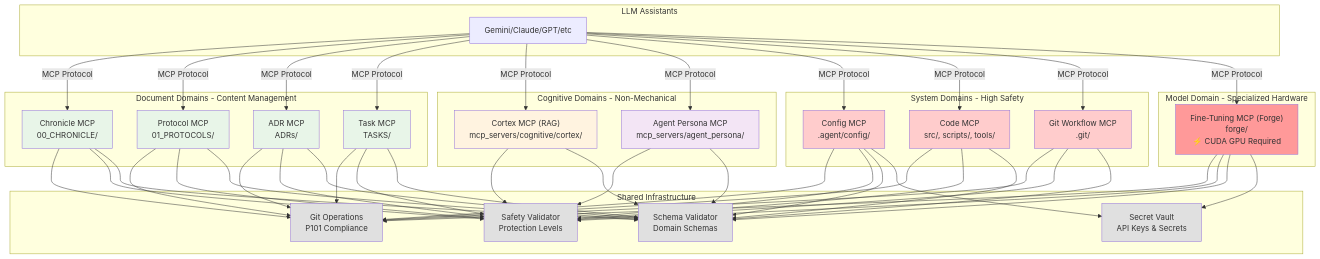
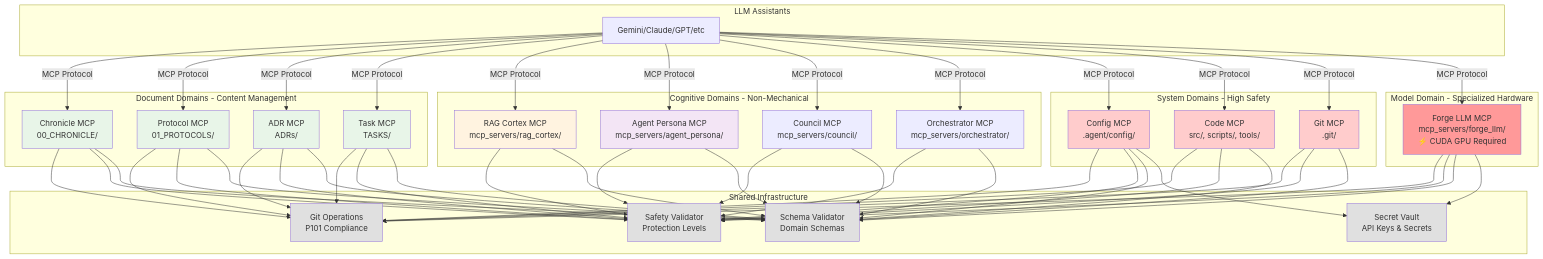
One commit to richfrem/Project_Sanctuary changed the first of 9 diagrams in docs/mcp/architecture.md. Above: the diagram before and after it, drawn with Mermaid. The commit also changed other lines of this file and 176 other files, not shown here.

First line of the commit message:
Feature/task 087 mcp testing (#54)

```diff
--- a/docs/mcp/architecture.md
+++ b/docs/mcp/architecture.md
@@ -33,22 +33,24 @@
     end
     
     subgraph "Cognitive Domains - Non-Mechanical"
-        Cortex["Cortex MCP (RAG)<br/>mcp_servers/cognitive/cortex/"]
+        Cortex["RAG Cortex MCP<br/>mcp_servers/rag_cortex/"]
         AgentPersona["Agent Persona MCP<br/>mcp_servers/agent_persona/"]
+        Council["Council MCP<br/>mcp_servers/council/"]
+        Orchestrator["Orchestrator MCP<br/>mcp_servers/orchestrator/"]
     end
     
     subgraph "System Domains - High Safety"
         Config[Config MCP<br/>.agent/config/]
         Code[Code MCP<br/>src/, scripts/, tools/]
-        GitWorkflow[Git Workflow MCP<br/>.git/]
+        Git[Git MCP<br/>.git/]
     end
     
     subgraph "Model Domain - Specialized Hardware"
-        Forge["Fine-Tuning MCP (Forge)<br/>forge/<br/>⚡ CUDA GPU Required"]
+        Forge["Forge LLM MCP<br/>mcp_servers/forge_llm/<br/>⚡ CUDA GPU Required"]
     end
     
     subgraph "Shared Infrastructure"
-        Git[Git Operations<br/>P101 Compliance]
+        GitOps[Git Operations<br/>P101 Compliance]
         Safety[Safety Validator<br/>Protection Levels]
         Schema[Schema Validator<br/>Domain Schemas]
         Vault[Secret Vault<br/>API Keys & Secrets]
@@ -60,20 +62,22 @@
     LLM -->|MCP Protocol| Task
     LLM -->|MCP Protocol| Cortex
     LLM -->|MCP Protocol| AgentPersona
+    LLM -->|MCP Protocol| Council
+    LLM -->|MCP Protocol| Orchestrator
     LLM -->|MCP Protocol| Config
     LLM -->|MCP Protocol| Code
-    LLM -->|MCP Protocol| GitWorkflow
+    LLM -->|MCP Protocol| Git
     LLM -->|MCP Protocol| Forge
     
-    Chronicle --> Git
-    Protocol --> Git
-    ADR --> Git
-    Task --> Git
-    Config --> Git
-    Code --> Git
-    Forge --> Git
+    Chronicle --> GitOps
+    Protocol --> GitOps
+    ADR --> GitOps
+    Task --> GitOps
+    Config --> GitOps
+    Code --> GitOps
+    Forge --> GitOps
     
-    GitWorkflow --> Git
+    Git --> GitOps
     
     Chronicle --> Safety
     Protocol --> Safety
@@ -81,9 +85,11 @@
     Task --> Safety
     Cortex --> Safety
     AgentPersona --> Safety
+    Council --> Safety
+    Orchestrator --> Safety
     Config --> Safety
     Code --> Safety
-    GitWorkflow --> Safety
+    Git --> Safety
     Forge --> Safety
     
     Chronicle --> Schema
@@ -92,9 +98,11 @@
     Task --> Schema
     Cortex --> Schema
     AgentPersona --> Schema
+    Council --> Schema
+    Orchestrator --> Schema
     Config --> Schema
     Code --> Schema
-    GitWorkflow --> Schema
+    Git --> Schema
     Forge --> Schema
     
     Config --> Vault
@@ -108,9 +116,9 @@
     style AgentPersona fill:#f3e5f5
     style Config fill:#ffcccc
     style Code fill:#ffcccc
-    style GitWorkflow fill:#ffcccc
+    style Git fill:#ffcccc
     style Forge fill:#ff9999
-    style Git fill:#e0e0e0
+    style GitOps fill:#e0e0e0
     style Safety fill:#e0e0e0
     style Schema fill:#e0e0e0
     style Vault fill:#e0e0e0
```
